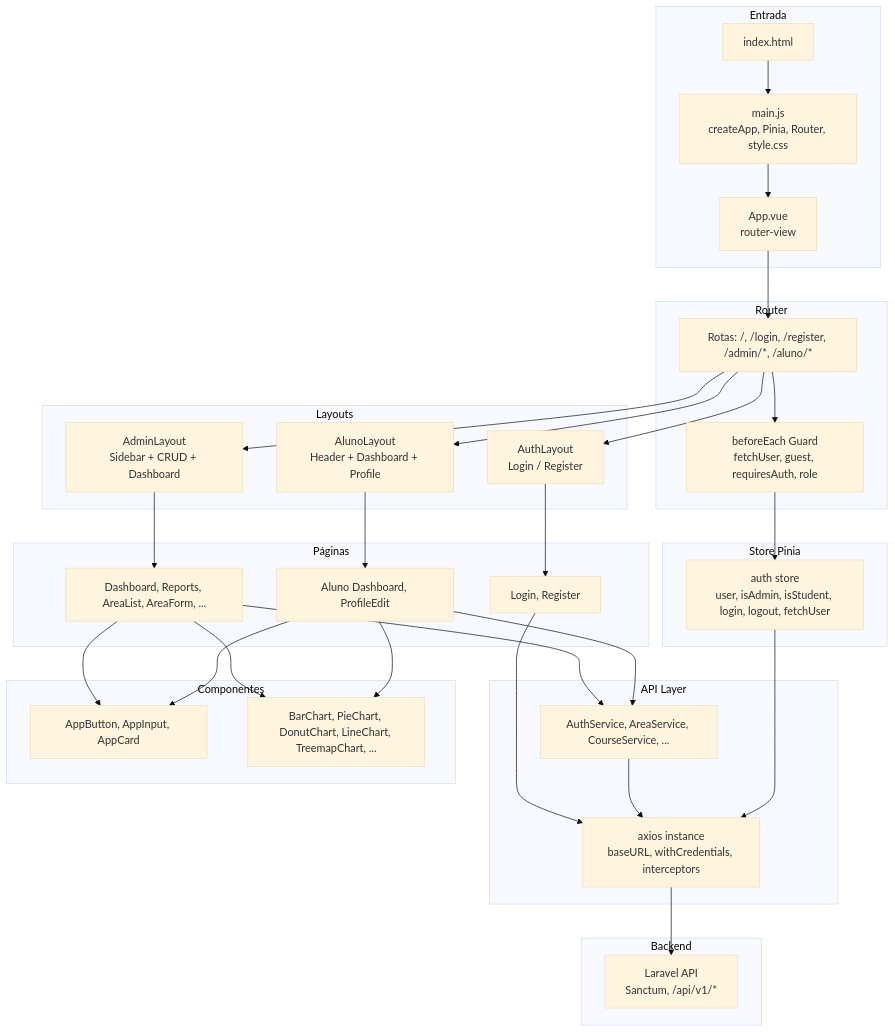
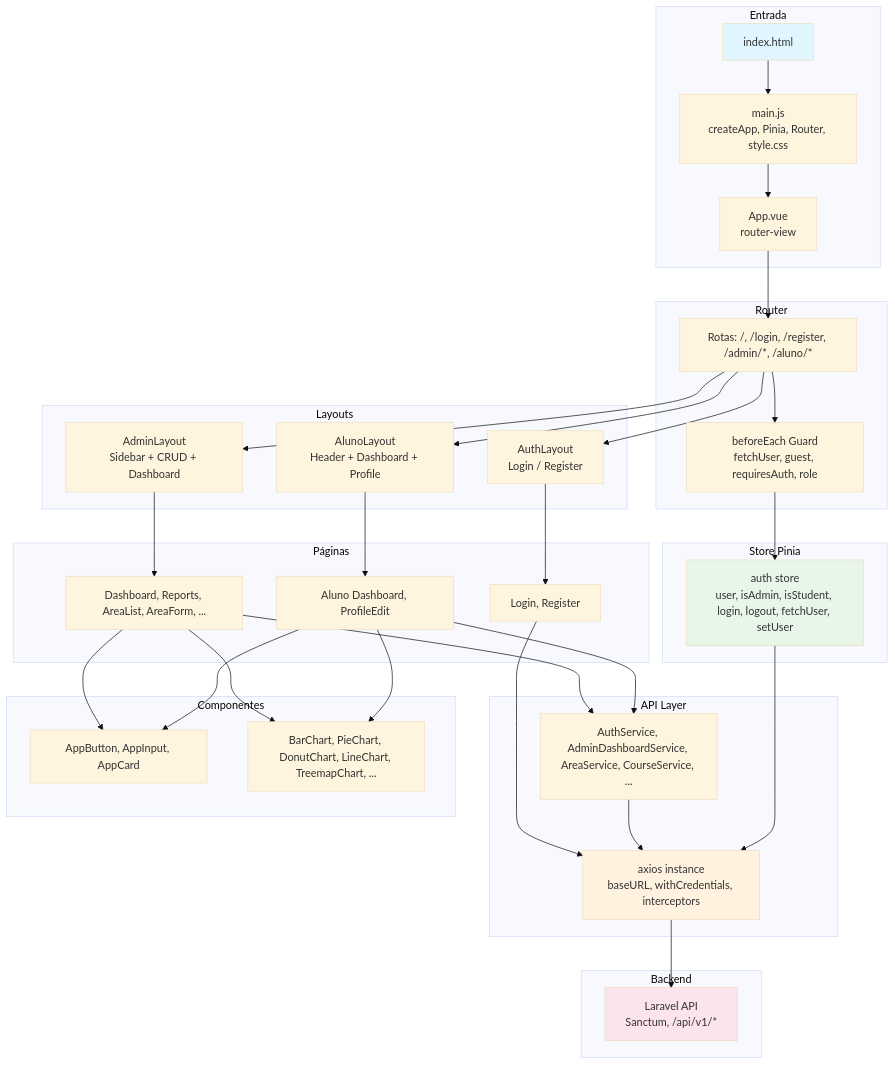
The first of 3 diagrams in frontend/README.md (TheuXL/TesteInfityworksPhp), drawn with Mermaid (base theme) before and after one commit. The commit also changed other lines of this file and 2 other files, not shown here.

````diff
--- a/frontend/README.md
+++ b/frontend/README.md
@@ -58,65 +58,70 @@
 ```mermaid
 graph TB
     subgraph "Entrada"
         A[index.html]
         B[main.js<br/>createApp, Pinia, Router, style.css]
         C[App.vue<br/>router-view]
     end
 
     subgraph "Router"
         D[beforeEach Guard<br/>fetchUser, guest, requiresAuth, role]
         E[Rotas: /, /login, /register, /admin/*, /aluno/*]
     end
 
     subgraph "Store Pinia"
-        F[auth store<br/>user, isAdmin, isStudent, login, logout, fetchUser]
+        F[auth store<br/>user, isAdmin, isStudent, login, logout, fetchUser, setUser]
     end
 
     subgraph "API Layer"
         G[axios instance<br/>baseURL, withCredentials, interceptors]
-        H[AuthService, AreaService, CourseService, ...]
+        H[AuthService, AdminDashboardService, AreaService, CourseService, ...]
     end
 
     subgraph "Layouts"
         I[AuthLayout<br/>Login / Register]
         J[AdminLayout<br/>Sidebar + CRUD + Dashboard]
         K[AlunoLayout<br/>Header + Dashboard + Profile]
     end
 
     subgraph "Páginas"
         L[Login, Register]
         M[Dashboard, Reports, AreaList, AreaForm, ...]
         N[Aluno Dashboard, ProfileEdit]
     end
 
     subgraph "Componentes"
         O[AppButton, AppInput, AppCard]
         P[BarChart, PieChart, DonutChart, LineChart, TreemapChart, ...]
     end
 
     subgraph "Backend"
         Q[Laravel API<br/>Sanctum, /api/v1/*]
     end
 
     A --> B
     B --> C
     C --> E
     E --> D
     D --> F
     E --> I
     E --> J
     E --> K
     I --> L
     J --> M
     K --> N
     M --> O
     M --> P
     N --> O
     N --> P
     L --> G
     M --> H
     N --> H
     H --> G
     G --> Q
     F --> G
+
+    style A fill:#e1f5fe
+    style F fill:#e8f5e9
+    style G fill:#fff3e0
+    style Q fill:#fce4ec
 ```
````
